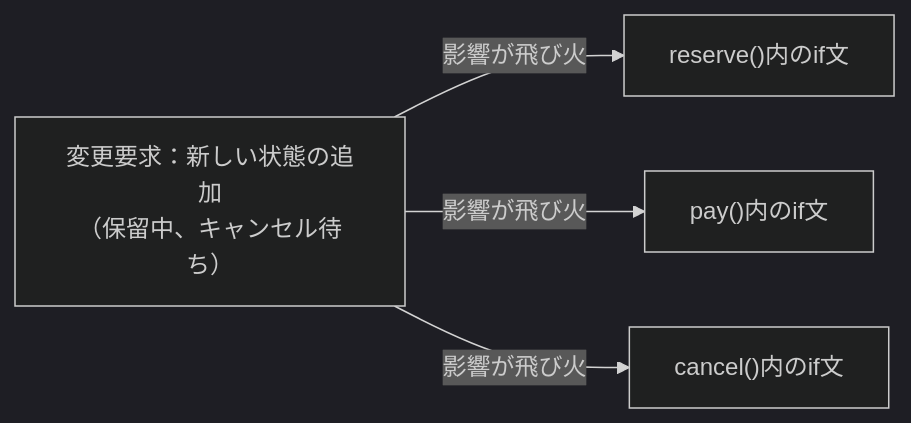
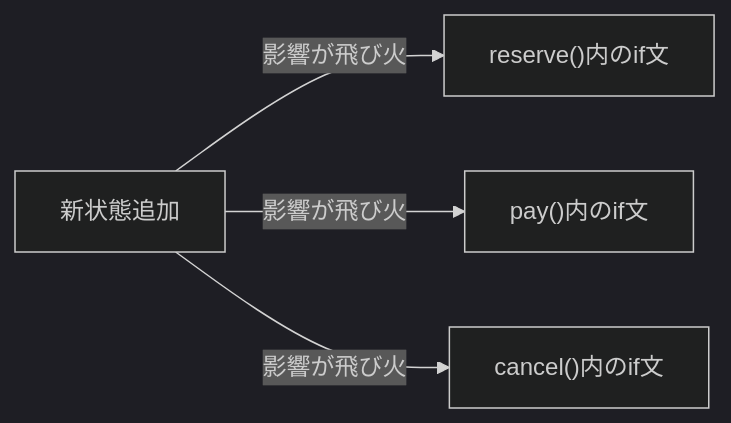
The third of 11 diagrams in kindle/design-patterns/output/chapter03.md (kumachan1101-pixel/DesignPattern), drawn with Mermaid (dark theme) before and after one commit. The commit also changed other lines of this file and 12 other files, not shown here.

````diff
--- a/kindle/design-patterns/output/chapter03.md
+++ b/kindle/design-patterns/output/chapter03.md
@@ -282,7 +282,7 @@
 ```mermaid
 graph LR
-    T1["変更要求：新しい状態の追加<br>（保留中、キャンセル待ち）"] -->|"影響が飛び火"| A["reserve()内のif文"]
+    T1["新状態追加"] -->|"影響が飛び火"| A["reserve()内のif文"]
     T1 -->|"影響が飛び火"| B["pay()内のif文"]
     T1 -->|"影響が飛び火"| C["cancel()内のif文"]
 
 ```
````
